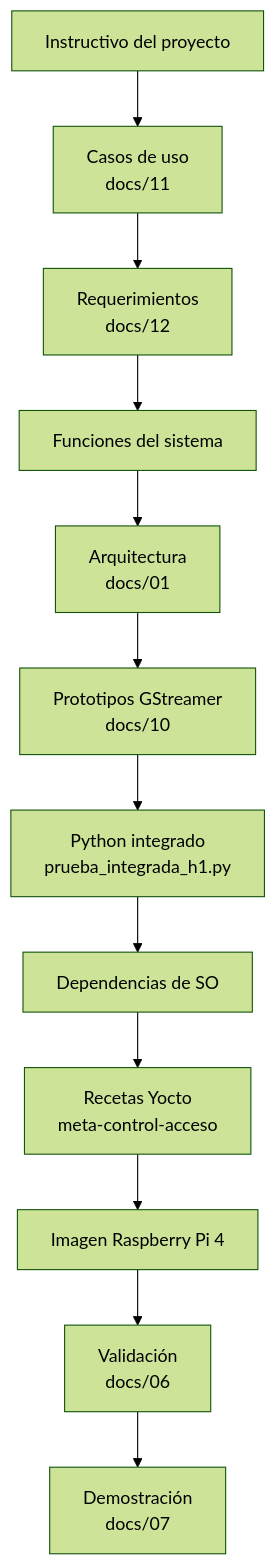
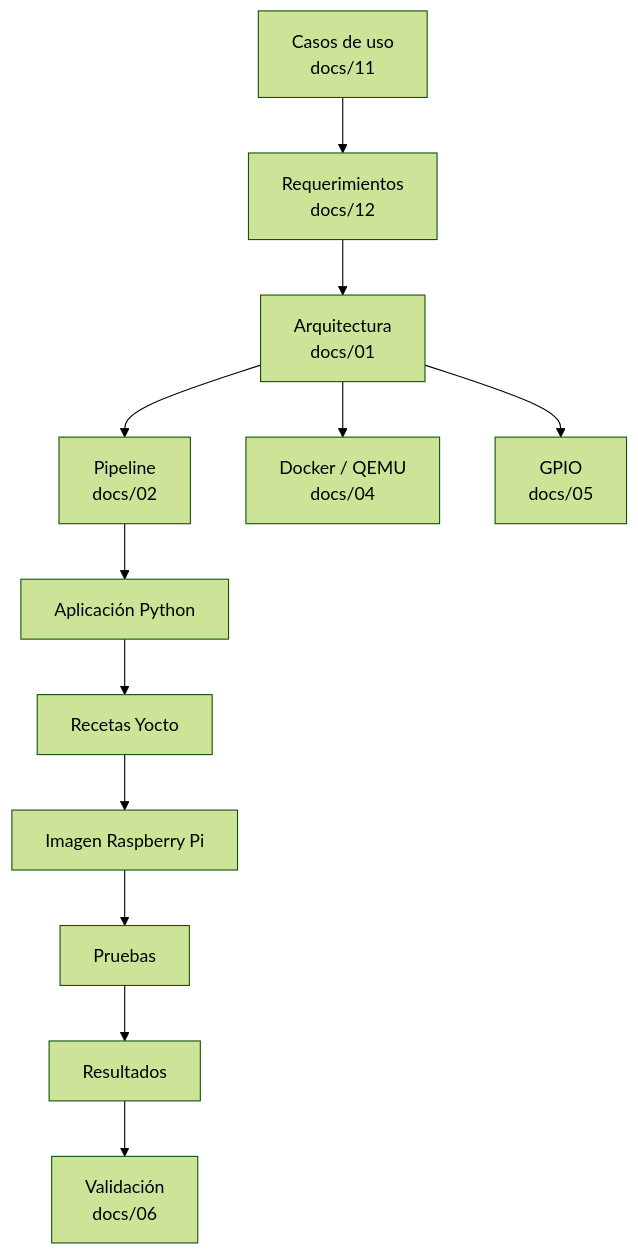
Before and after one commit to VeroC25/Project_1_Embebidos: the second of 7 diagrams in docs/13_trazabilidad_metodologia.md, drawn with Mermaid (forest theme). The commit also changed other lines of this file, not shown here.

````diff
--- a/docs/13_trazabilidad_metodologia.md
+++ b/docs/13_trazabilidad_metodologia.md
@@ -31,14 +71,14 @@
 ```mermaid
 flowchart TD
-    INS["Instructivo del proyecto"] --> CU["Casos de uso<br/>docs/11"]
-    CU --> REQ["Requerimientos<br/>docs/12"]
-    REQ --> FUN["Funciones del sistema"]
-    FUN --> ARCH["Arquitectura<br/>docs/01"]
-    ARCH --> GST["Prototipos GStreamer<br/>docs/10"]
-    GST --> PY["Python integrado<br/>prueba_integrada_h1.py"]
-    PY --> DEP["Dependencias de SO"]
-    DEP --> REC["Recetas Yocto<br/>meta-control-acceso"]
-    REC --> IMG["Imagen Raspberry Pi 4"]
-    IMG --> VAL["Validación<br/>docs/06"]
-    VAL --> DEMO["Demostración<br/>docs/07"]
+    CU["Casos de uso<br/>docs/11"] --> REQ["Requerimientos<br/>docs/12"]
+    REQ --> ARCH["Arquitectura<br/>docs/01"]
+    ARCH --> GST["Pipeline<br/>docs/02"]
+    GST --> PY["Aplicación Python"]
+    PY --> YOCTO["Recetas Yocto"]
+    YOCTO --> IMG["Imagen Raspberry Pi"]
+    IMG --> TEST["Pruebas"]
+    TEST --> RES["Resultados"]
+    RES --> VAL["Validación<br/>docs/06"]
+    ARCH --> DOCKER["Docker / QEMU<br/>docs/04"]
+    ARCH --> GPIO["GPIO<br/>docs/05"]
 ```
````
